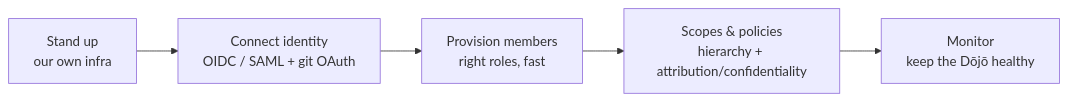
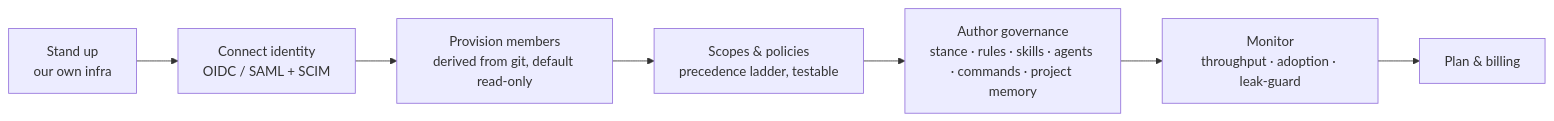
Before and after one commit to sensei-hq/sensei: the third of 7 diagrams in docs/journeys/dojo.md, drawn with Mermaid. The commit also changed other lines of this file and 24 other files, not shown here.

````diff
--- a/docs/journeys/dojo.md
+++ b/docs/journeys/dojo.md
@@ -38,6 +47,7 @@
 ```mermaid
 flowchart LR
-    a1[Stand up<br/>our own infra] --> a2[Connect identity<br/>OIDC / SAML + git OAuth]
-    a2 --> a3[Provision members<br/>right roles, fast] --> a4[Scopes &amp; policies<br/>hierarchy + attribution/confidentiality]
-    a4 --> a5[Monitor<br/>keep the Dōjō healthy]
+    a1[Stand up<br/>our own infra] --> a2[Connect identity<br/>OIDC / SAML + SCIM]
+    a2 --> a3[Provision members<br/>derived from git, default read-only] --> a4[Scopes &amp; policies<br/>precedence ladder, testable]
+    a4 --> a5[Author governance<br/>stance · rules · skills · agents · commands · project memory]
+    a5 --> a6[Monitor<br/>throughput · adoption · leak-guard] --> a7[Plan &amp; billing]
 ```
````
